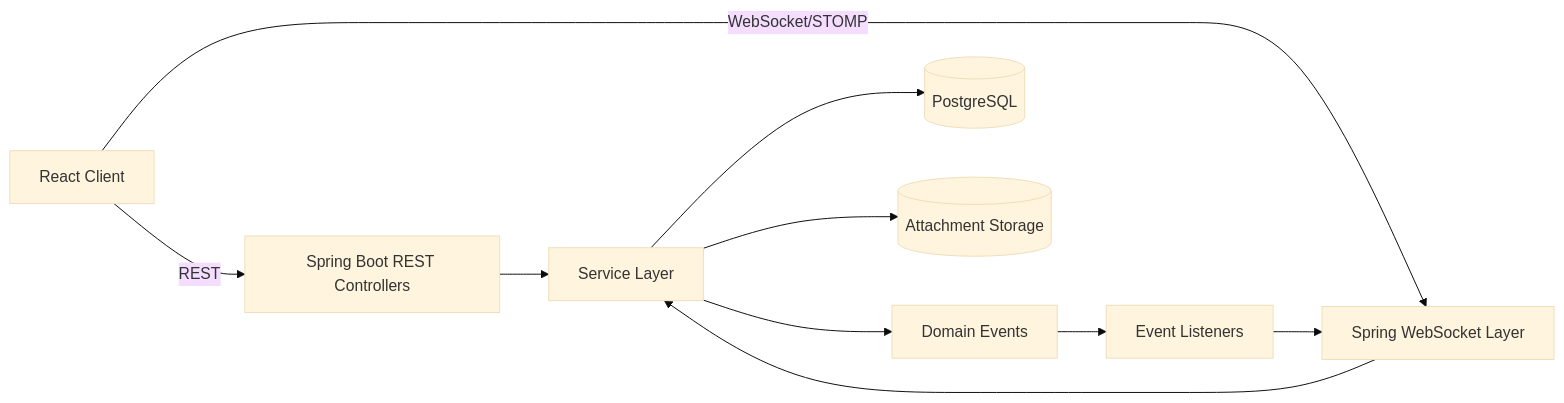
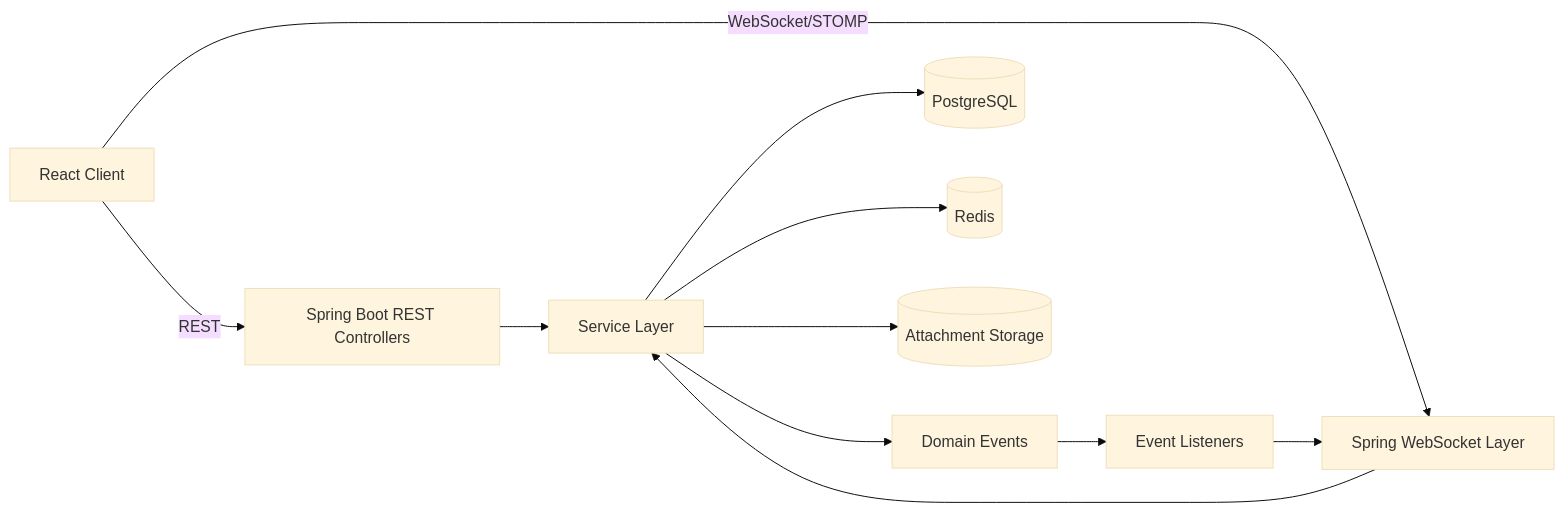
The first of 4 diagrams in ARCHITECTURE.md (NiranjanS8/Whisprly), drawn with Mermaid (base theme) before and after one commit. The commit also changed other lines of this file and 1 other file, not shown here.

Commit message:
updated readme and architecture files

````diff
--- a/ARCHITECTURE.md
+++ b/ARCHITECTURE.md
@@ -16,12 +17,13 @@
 ```mermaid
 flowchart LR
     UI[React Client] -->|REST| API[Spring Boot REST Controllers]
     UI -->|WebSocket/STOMP| WS[Spring WebSocket Layer]
     API --> SVC[Service Layer]
     WS --> SVC
     SVC --> EVT[Domain Events]
     EVT --> LST[Event Listeners]
     SVC --> DB[(PostgreSQL)]
+    SVC --> REDIS[(Redis)]
     SVC --> FS[(Attachment Storage)]
     LST --> WS
 ```
````
